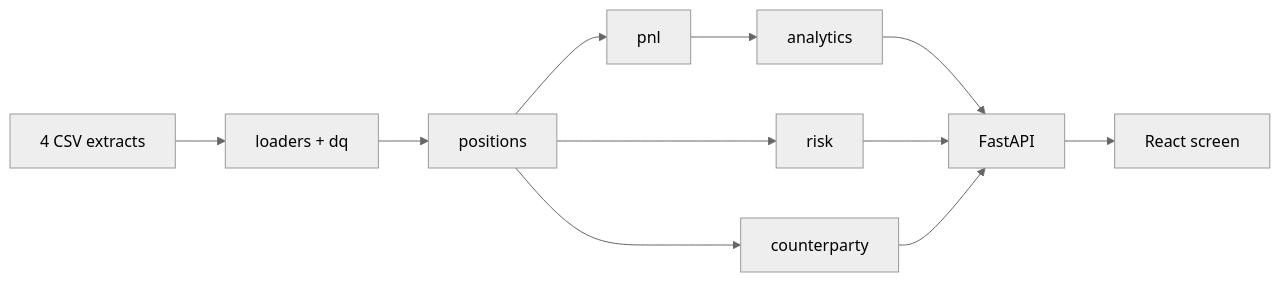
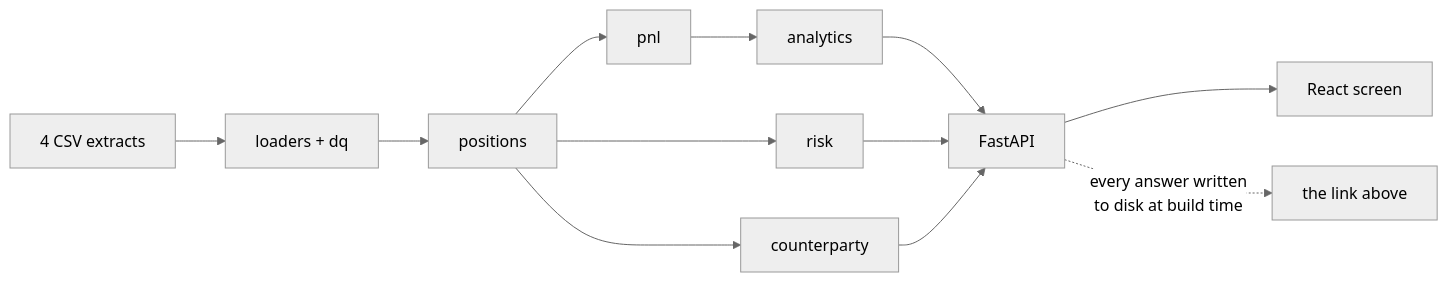
Before and after one commit to akaloic/risk-pnl-dashboard: the first of 2 diagrams in README.md, drawn with Mermaid (neutral theme). The commit also changed other lines of this file and 2 other files, not shown here.

First line of the commit message:
docs: lead with the screen, since it is now a link rather than an install

````diff
--- a/README.md
+++ b/README.md
@@ -8,7 +21,8 @@
 ```mermaid
 flowchart LR
   CSV["4 CSV extracts"] --> ingest["loaders + dq"] --> positions
   positions --> pnl --> analytics --> api["FastAPI"] --> ui["React screen"]
   positions --> risk --> api
   positions --> counterparty --> api
+  api -. "every answer written<br/>to disk at build time" .-> pages["the link above"]
 ```
````
